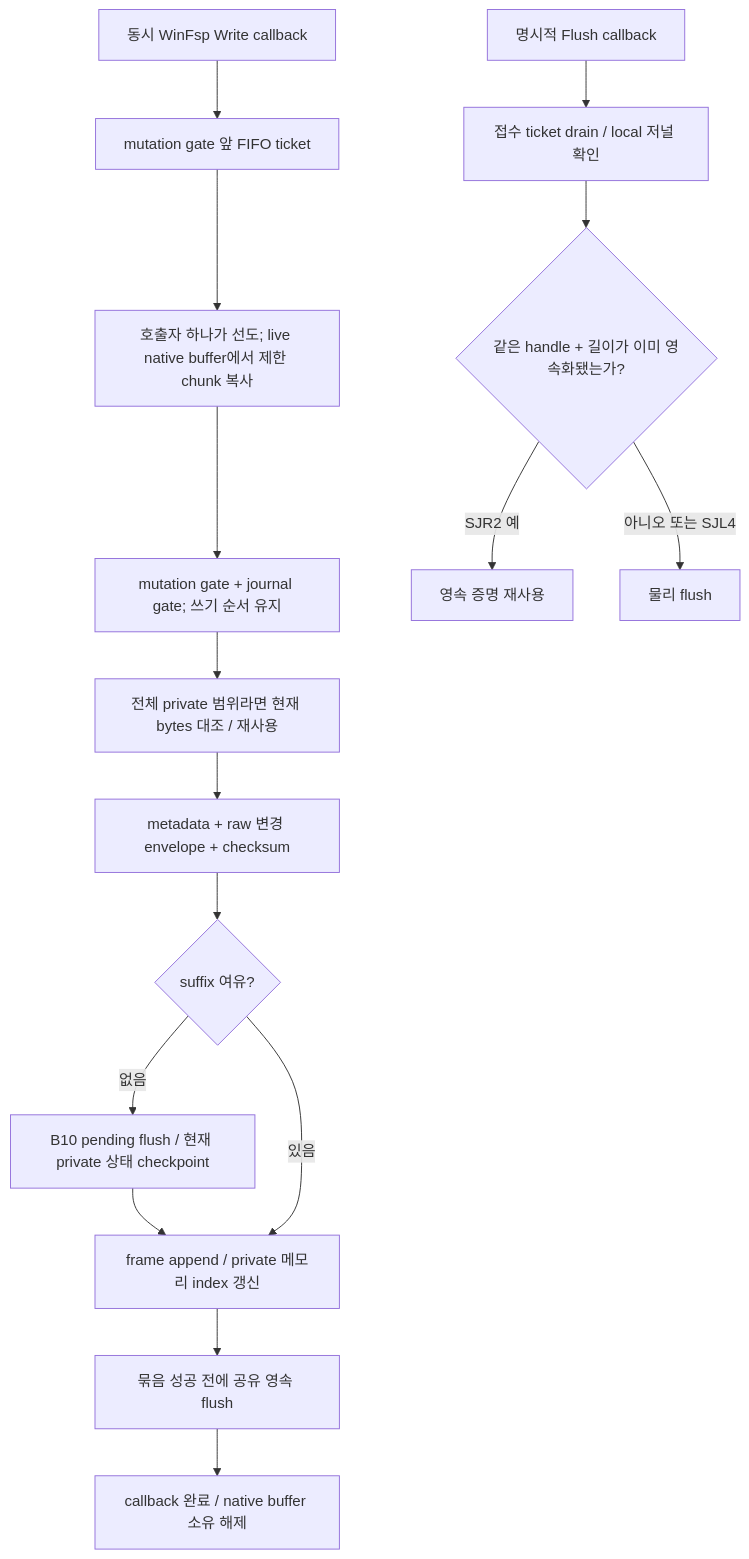
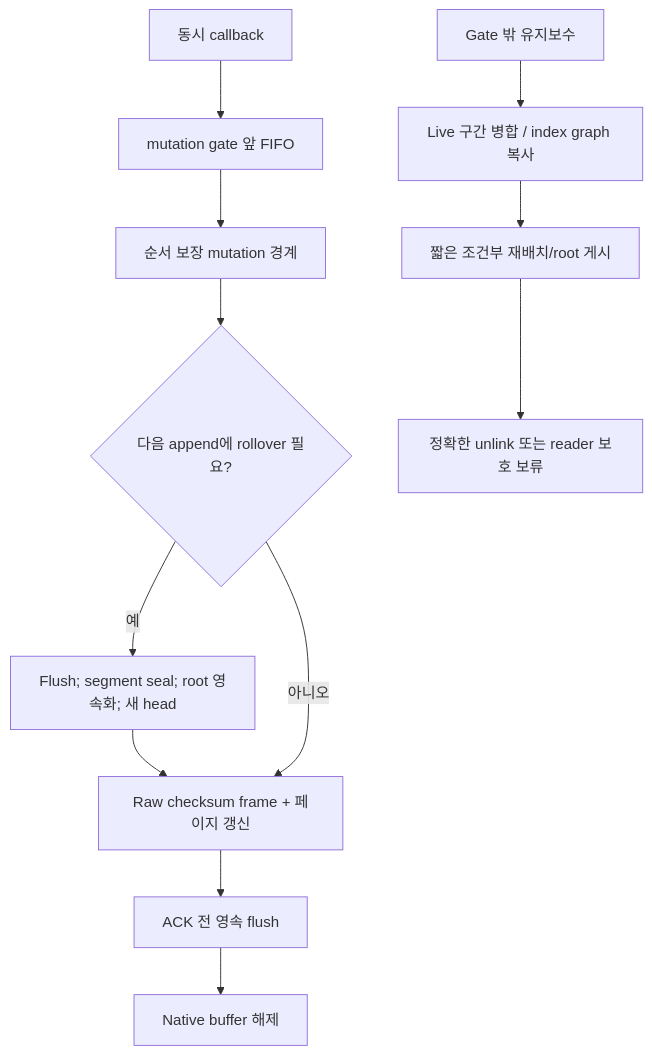
The fourth of 6 diagrams in docs/ko/lifecycle-optimization-map.md (olivecrow/splinter), drawn with Mermaid before and after one commit. The commit also changed other lines of this file and 391 other files, not shown here.

````diff
--- a/docs/ko/lifecycle-optimization-map.md
+++ b/docs/ko/lifecycle-optimization-map.md
@@ -204,18 +127,11 @@
 ```mermaid
 flowchart TD
-  Callback["동시 WinFsp Write callback"] --> Queue["mutation gate 앞 FIFO ticket"]
-  Queue --> Leader["호출자 하나가 선도; live native buffer에서 제한 chunk 복사"]
-  Leader --> Gate["mutation gate + journal gate; 쓰기 순서 유지"]
-  Gate --> Compare["전체 private 범위라면 현재 bytes 대조 / 재사용"]
-  Compare --> Frame["metadata + raw 변경 envelope + checksum"]
-  Frame --> Limit{"suffix 여유?"}
-  Limit -->|없음| B10["B10 pending flush / 현재 private 상태 checkpoint"]
-  B10 --> Append["frame append / private 메모리 index 갱신"]
-  Limit -->|있음| Append
-  Append --> Durable["묶음 성공 전에 공유 영속 flush"]
-  Durable --> Ack["callback 완료 / native buffer 소유 해제"]
-  Explicit["명시적 Flush callback"] --> Drain["접수 ticket drain / local 저널 확인"]
-  Drain --> Clean{"같은 handle + 길이가 이미 영속화됐는가?"}
-  Clean -->|SJR2 예| Reuse["영속 증명 재사용"]
-  Clean -->|아니오 또는 SJL4| Flush["물리 flush"]
+  Callback["동시 callback"] --> FIFO["mutation gate 앞 FIFO"] --> Gate["순서 보장 mutation 경계"]
+  Gate --> Roll{"다음 append에 rollover 필요?"}
+  Roll -->|예| B10["Flush; segment seal; root 영속화; 새 head"]
+  B10 --> Append["Raw checksum frame + 페이지 갱신"]
+  Roll -->|아니오| Append
+  Append --> Flush["ACK 전 영속 flush"] --> Ack["Native buffer 해제"]
+  Maintain["Gate 밖 유지보수"] --> Copy["Live 구간 병합 / index graph 복사"]
+  Copy --> Conditional["짧은 조건부 재배치/root 게시"] --> Deferred["정확한 unlink 또는 reader 보호 보류"]
 ```
````
